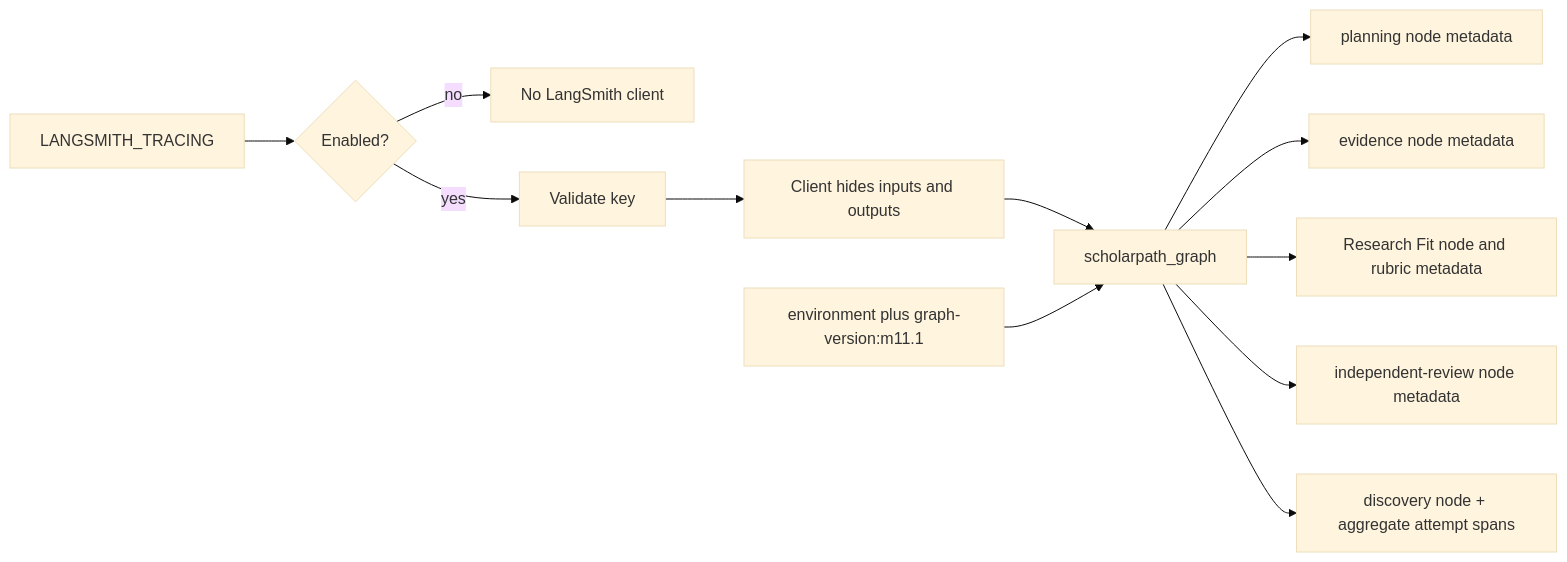
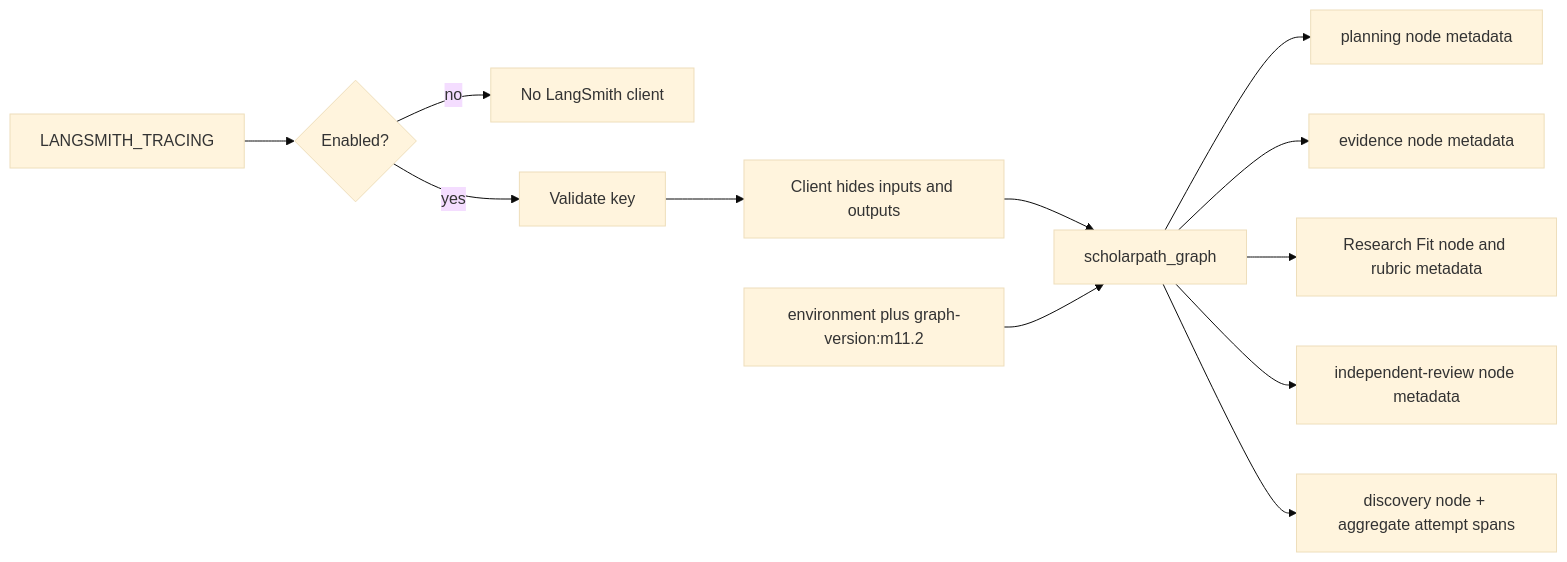
One commit to shanly-rajan/ai-builder changed diagram 20 of 22 in projects/scholar-path/docs/architecture.md. Above: the diagram before and after it, drawn with Mermaid (base theme). The commit also changed other lines of this file and 26 other files, not shown here.

````diff
--- a/projects/scholar-path/docs/architecture.md
+++ b/projects/scholar-path/docs/architecture.md
@@ -721,14 +771,14 @@
 ```mermaid
 flowchart LR
     Env[LANGSMITH_TRACING] --> Enabled{Enabled?}
     Enabled -->|no| Off[No LangSmith client]
     Enabled -->|yes| Key[Validate key]
     Key --> Client[Client hides inputs and outputs]
     Client --> Root[scholarpath_graph]
     Root --> PlanTrace[planning node metadata]
     Root --> EvidenceTrace[evidence node metadata]
     Root --> FitTrace[Research Fit node and rubric metadata]
     Root --> ReviewTrace[independent-review node metadata]
     Root --> Discovery[discovery node + aggregate attempt spans]
-    Tags[environment plus graph-version:m11.1] --> Root
+    Tags[environment plus graph-version:m11.2] --> Root
 ```
````
